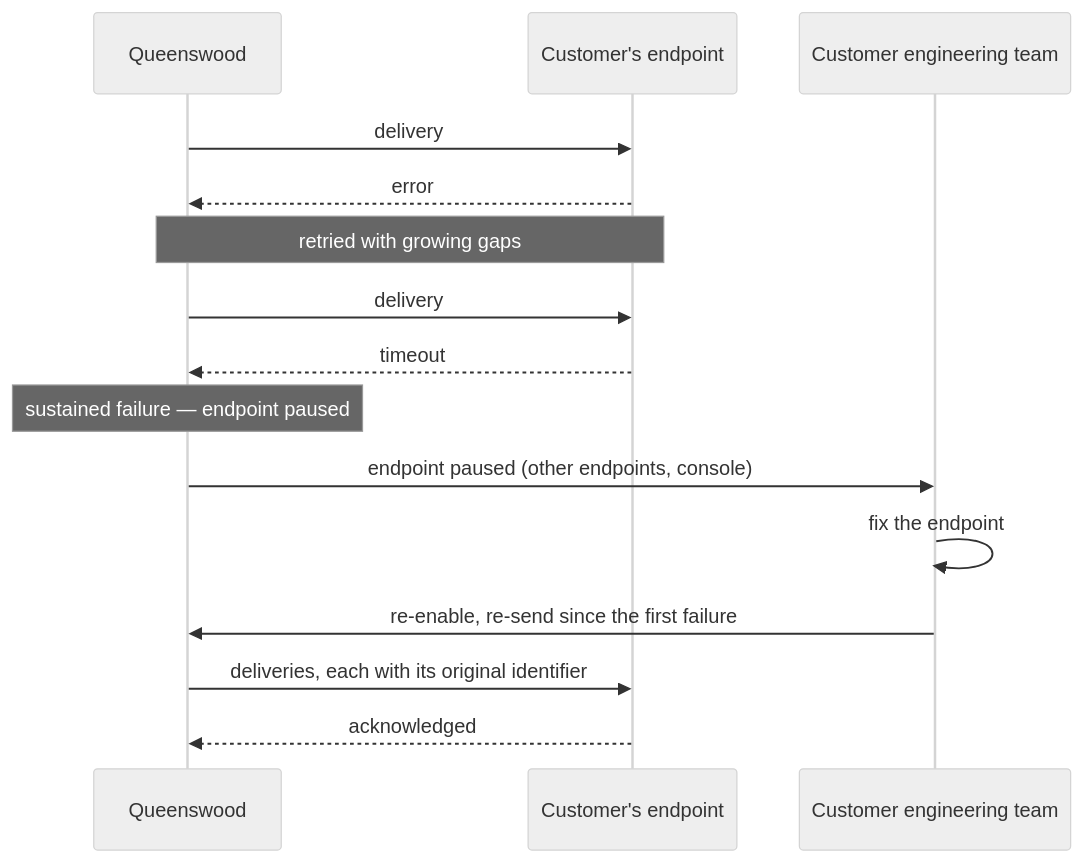
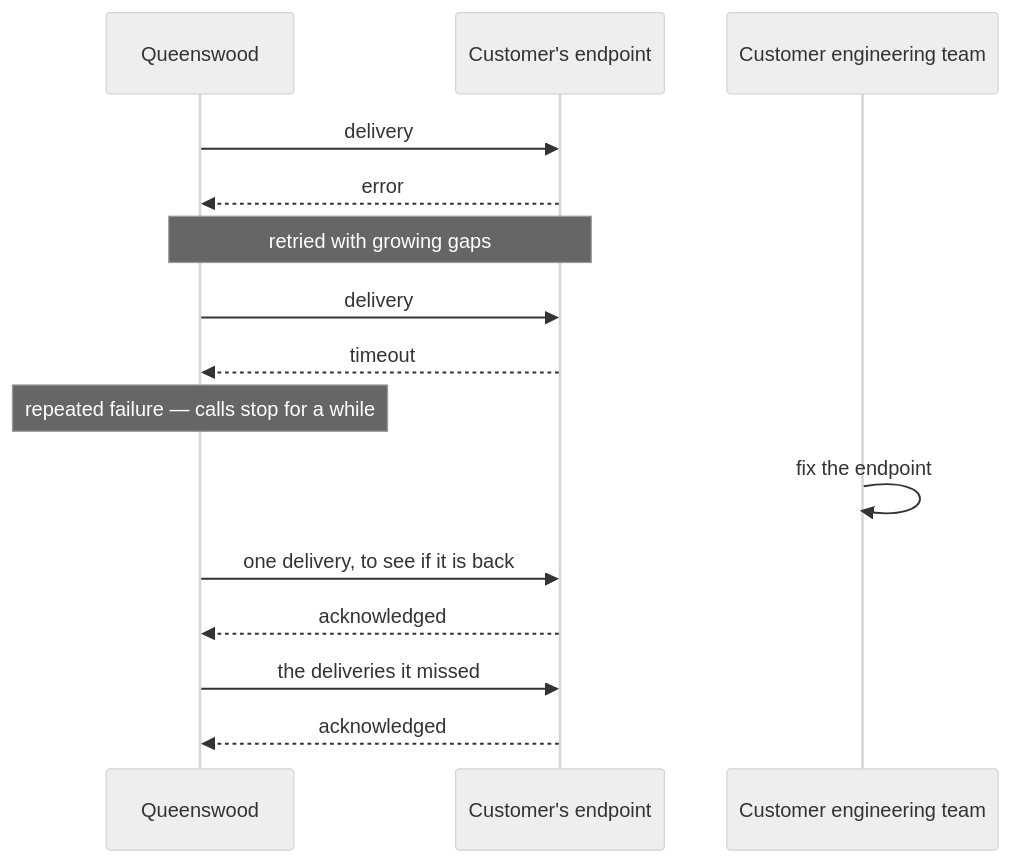
The third of 4 diagrams in docs/prd/webhooks.md (repldriven/queenswood), drawn with Mermaid (neutral theme) before and after one commit. The commit also changed other lines of this file and 95 other files, not shown here.

````diff
--- a/docs/prd/webhooks.md
+++ b/docs/prd/webhooks.md
@@ -312,18 +313,18 @@
 ```mermaid
 sequenceDiagram
     participant Q as Queenswood
     participant E as Customer's endpoint
     participant T as Customer engineering team
 
     Q->>E: delivery
     E-->>Q: error
     Note over Q,E: retried with growing gaps
     Q->>E: delivery
     E-->>Q: timeout
-    Note over Q: sustained failure — endpoint paused
-    Q->>T: endpoint paused (other endpoints, console)
+    Note over Q: repeated failure — calls stop for a while
     T->>T: fix the endpoint
-    T->>Q: re-enable, re-send since the first failure
-    Q->>E: deliveries, each with its original identifier
+    Q->>E: one delivery, to see if it is back
+    E-->>Q: acknowledged
+    Q->>E: the deliveries it missed
     E-->>Q: acknowledged
 ```
````
